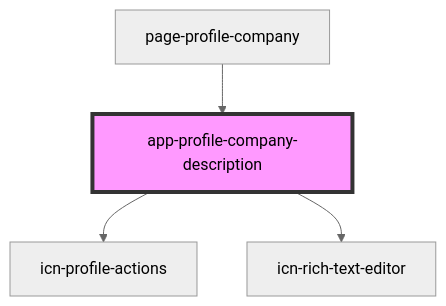
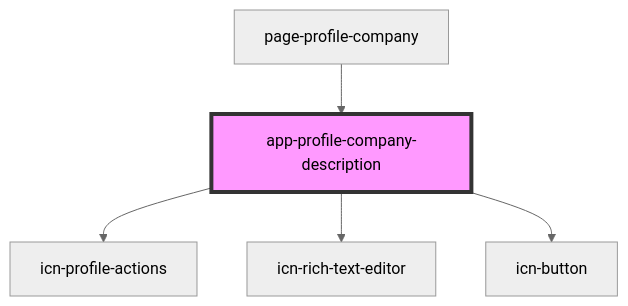
One commit to lokheed/IconEventNetwork.Web changed the diagram in iconeventnetwork-web/src/components/app-profile-company-description/readme.md. Above: the diagram before and after it, drawn with Mermaid (neutral theme). The commit also changed other lines of this file and 61 other files, not shown here.

First line of the commit message:
Created icn-button component

````diff
--- a/iconeventnetwork-web/src/components/app-profile-company-description/readme.md
+++ b/iconeventnetwork-web/src/components/app-profile-company-description/readme.md
@@ -28,7 +29,8 @@
 ```mermaid
 graph TD;
   app-profile-company-description --> icn-profile-actions
   app-profile-company-description --> icn-rich-text-editor
+  app-profile-company-description --> icn-button
   page-profile-company --> app-profile-company-description
   style app-profile-company-description fill:#f9f,stroke:#333,stroke-width:4px
 ```
````
